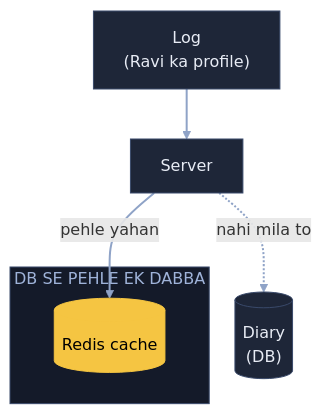
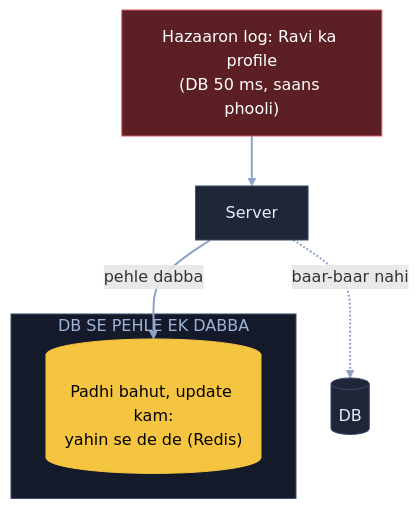
The first of 6 diagrams in 04_HLD/SYSTEM_DESIGNS/10_distributed_cache/10_distributed_cache.md (ArpanMaheshwari144/Prep), drawn with Mermaid before and after one commit. The commit also changed other lines of this file, not shown here.

Commit message:
Cache: 6 diagram hand notes ke shabdon se (K4 ring pehle se)

````diff
--- a/04_HLD/SYSTEM_DESIGNS/10_distributed_cache/10_distributed_cache.md
+++ b/04_HLD/SYSTEM_DESIGNS/10_distributed_cache/10_distributed_cache.md
@@ -35,18 +35,18 @@
 ```mermaid
 flowchart TB
-    A["Log<br/>(Ravi ka profile)"]:::card
+    U["Hazaaron log: Ravi ka profile<br/>(DB 50 ms, saans phooli)"]:::bad
     S["Server"]:::card
     subgraph DP["DB SE PEHLE EK DABBA"]
-        C[("Redis cache")]:::pill
+        C[("Padhi bahut, update kam:<br/>yahin se de de (Redis)")]:::pill
     end
-    D[("Diary<br/>(DB)")]:::card
-    A --> S
-    S -- "pehle yahan" --> C
-    S -. "nahi mila to" .-> D
+    D[("DB")]:::card
+    U --> S
+    S -- "pehle dabba" --> C
+    S -. "baar-baar nahi" .-> D
     linkStyle default stroke:#8fa3c7,stroke-width:2px
     classDef card fill:#1e2638,stroke:#3a4a6b,color:#e8ecf5
     classDef pill fill:#f5c542,stroke:#f5c542,color:#000
     classDef good fill:#2e7d4f,stroke:#3fbf6f,color:#fff
     classDef bad fill:#5c1f24,stroke:#e05561,color:#fff
     style DP fill:#141a29,stroke:#3a4a6b,color:#9fb3d9
 ```
````
